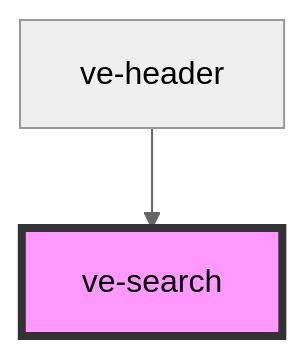
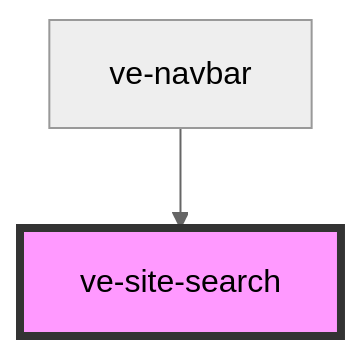
One commit to visual-essays/web-components changed the diagram in src/components/ve-new-search/readme.md. Above: the diagram before and after it, drawn with Mermaid (neutral theme). The commit also changed other lines of this file and 10 other files, not shown here.

````diff
--- a/src/components/ve-new-search/readme.md
+++ b/src/components/ve-new-search/readme.md
@@ -28,5 +22,5 @@
 ```mermaid
 graph TD;
-  ve-header --> ve-search
-  style ve-search fill:#f9f,stroke:#333,stroke-width:4px
+  ve-navbar --> ve-site-search
+  style ve-site-search fill:#f9f,stroke:#333,stroke-width:4px
 ```
````
